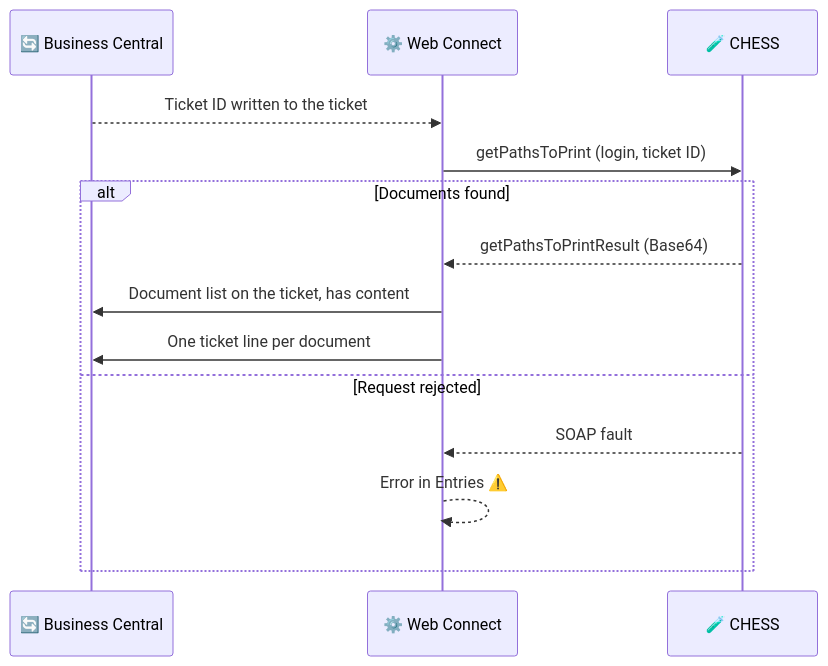
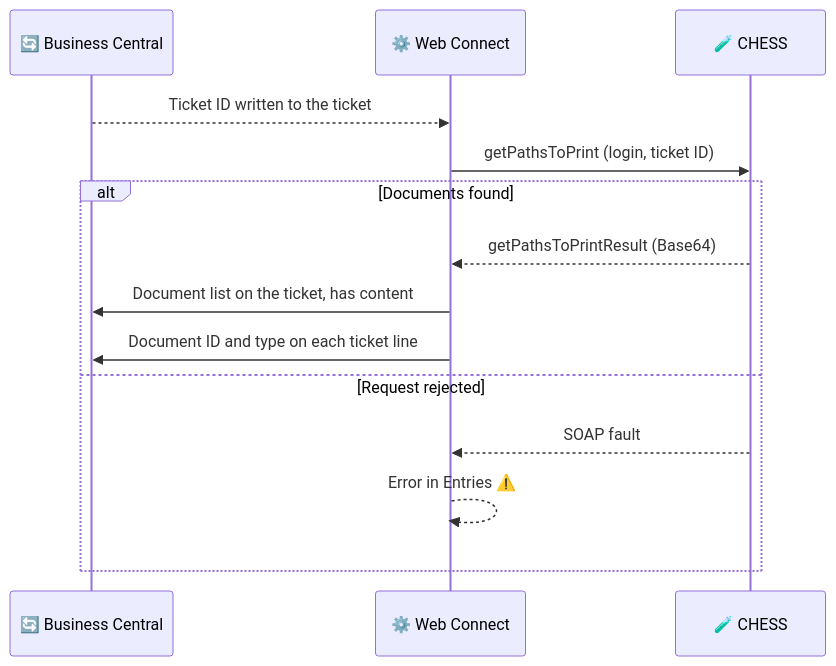
The diagram in docs/products/web-connect/integrations/chess/flows/safety-data-sheets.md (Combine-IT-ab/docs-general), drawn with Mermaid before and after one commit. The commit also changed other lines of this file and 3 other files, not shown here.

````diff
--- a/docs/products/web-connect/integrations/chess/flows/safety-data-sheets.md
+++ b/docs/products/web-connect/integrations/chess/flows/safety-data-sheets.md
@@ -40,17 +40,17 @@
 ```mermaid
 sequenceDiagram
     participant BC as 🔄 Business Central
     participant WC as ⚙️ Web Connect
     participant CH as 🧪 CHESS
 
     BC-->>WC: Ticket ID written to the ticket
     WC->>CH: getPathsToPrint (login, ticket ID)
     alt Documents found
         CH-->>WC: getPathsToPrintResult (Base64)
         WC->>BC: Document list on the ticket, has content
-        WC->>BC: One ticket line per document
+        WC->>BC: Document ID and type on each ticket line
     else Request rejected
         CH-->>WC: SOAP fault
         WC-->>WC: Error in Entries ⚠️
     end
 ```
````
